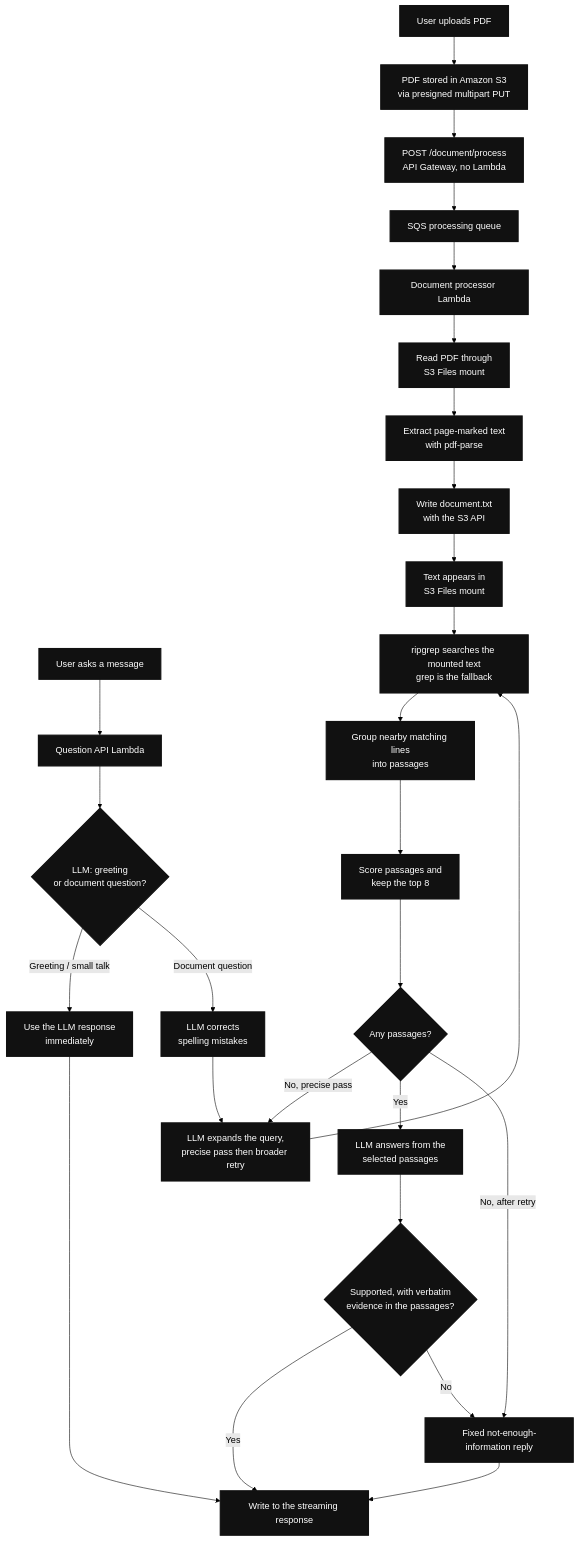
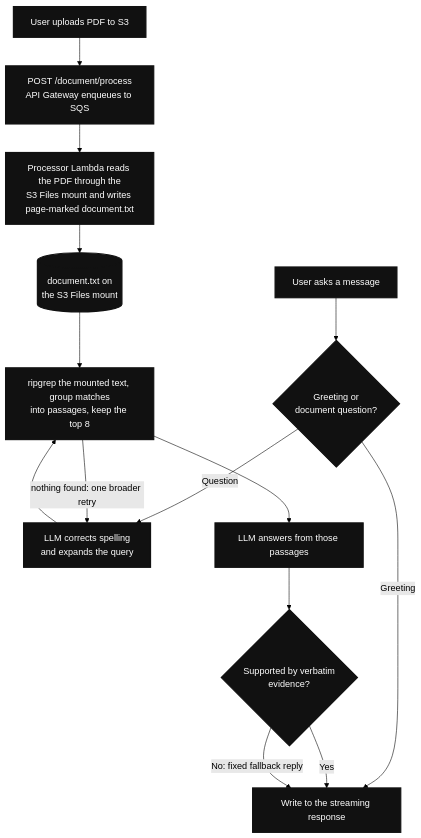
The diagram in README.md (gunjchhetri/grepping_demo), drawn with Mermaid (forest theme) before and after one commit.

Commit message:
Added multipart upload to s3

````diff
--- a/README.md
+++ b/README.md
@@ -9,32 +9,19 @@
 ```mermaid
 flowchart TD
-    Upload["User uploads PDF"] --> S3PDF["PDF stored in Amazon S3<br/>via presigned multipart PUT"]
-    S3PDF --> ProcessApi["POST /document/process<br/>API Gateway, no Lambda"]
-    ProcessApi --> Queue["SQS processing queue"]
-    Queue --> ProcessLambda["Document processor Lambda"]
-    ProcessLambda --> MountPDF["Read PDF through<br/>S3 Files mount"]
-    MountPDF --> Extract["Extract page-marked text<br/>with pdf-parse"]
-    Extract --> S3Text["Write document.txt<br/>with the S3 API"]
-    S3Text --> MountText["Text appears in<br/>S3 Files mount"]
+    Upload["User uploads PDF to S3"] --> Queue["POST /document/process<br/>API Gateway enqueues to SQS"]
+    Queue --> Extract["Processor Lambda reads the PDF through the<br/>S3 Files mount and writes page-marked document.txt"]
+    Extract --> Mount[("document.txt on<br/>the S3 Files mount")]
 
-    Ask["User asks a message"] --> QuestionApi["Question API Lambda"]
-    QuestionApi --> Classify{"LLM: greeting<br/>or document question?"}
-    Classify -->|"Greeting / small talk"| Greeting["Use the LLM response<br/>immediately"]
-    Classify -->|"Document question"| Correct["LLM corrects<br/>spelling mistakes"]
-    Correct --> Expand["LLM expands the query,<br/>precise pass then broader retry"]
-    Expand --> Grep["ripgrep searches the mounted text<br/>grep is the fallback"]
-    MountText --> Grep
-    Grep --> Group["Group nearby matching lines<br/>into passages"]
-    Group --> Rank["Score passages and<br/>keep the top 8"]
-    Rank --> Any{"Any passages?"}
-    Any -->|"No, precise pass"| Expand
-    Any -->|"Yes"| Answer["LLM answers from the<br/>selected passages"]
-    Any -->|"No, after retry"| NoAnswer["Fixed not-enough-information reply"]
-    Answer --> Validate{"Supported, with verbatim<br/>evidence in the passages?"}
-    Validate -->|"Yes"| Response["Write to the streaming response"]
-    Validate -->|"No"| NoAnswer
-    Greeting --> Response
-    NoAnswer --> Response
+    Ask["User asks a message"] --> Classify{"Greeting or<br/>document question?"}
+    Classify -->|"Greeting"| Response["Write to the streaming response"]
+    Classify -->|"Question"| Query["LLM corrects spelling<br/>and expands the query"]
+    Query --> Search["ripgrep the mounted text, group matches<br/>into passages, keep the top 8"]
+    Mount --> Search
+    Search -->|"nothing found: one broader retry"| Query
+    Search --> Answer["LLM answers from those passages"]
+    Answer --> Validate{"Supported by verbatim<br/>evidence?"}
+    Validate -->|"Yes"| Response
+    Validate -->|"No: fixed fallback reply"| Response
 
     classDef default fill:#111111,color:#ffffff,stroke:#111111,stroke-width:2px;
 ```
````
